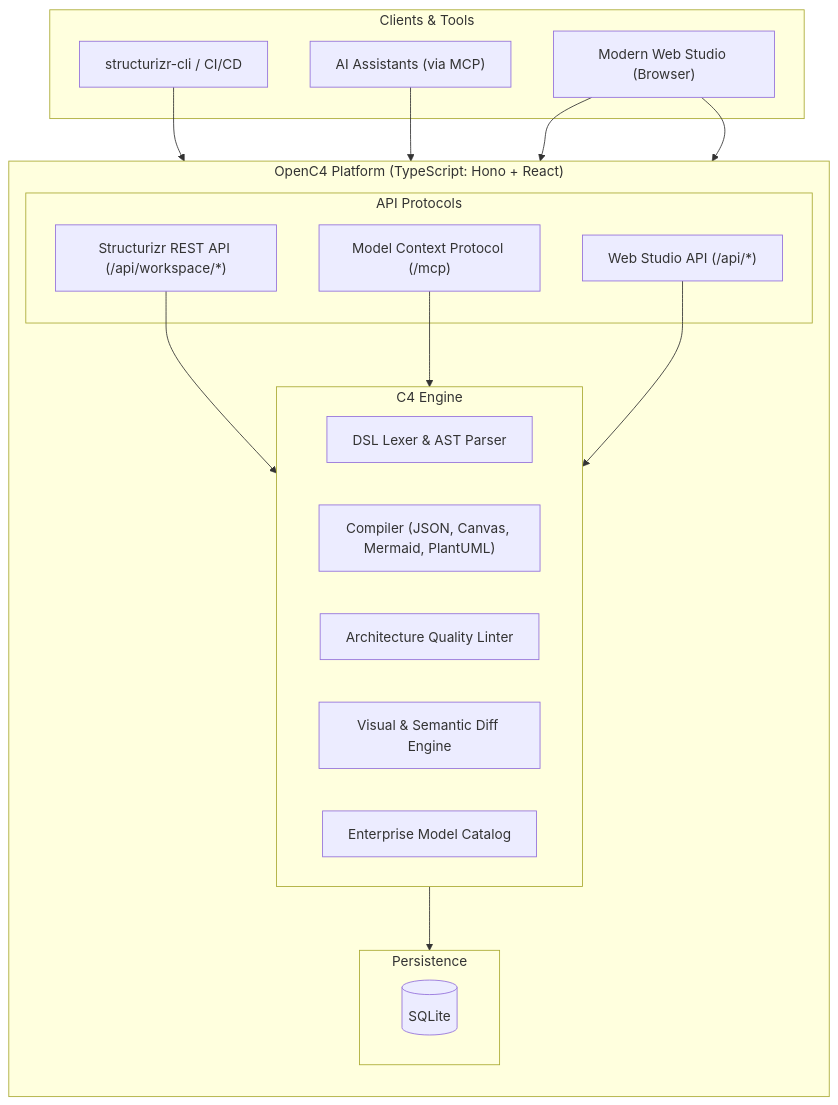
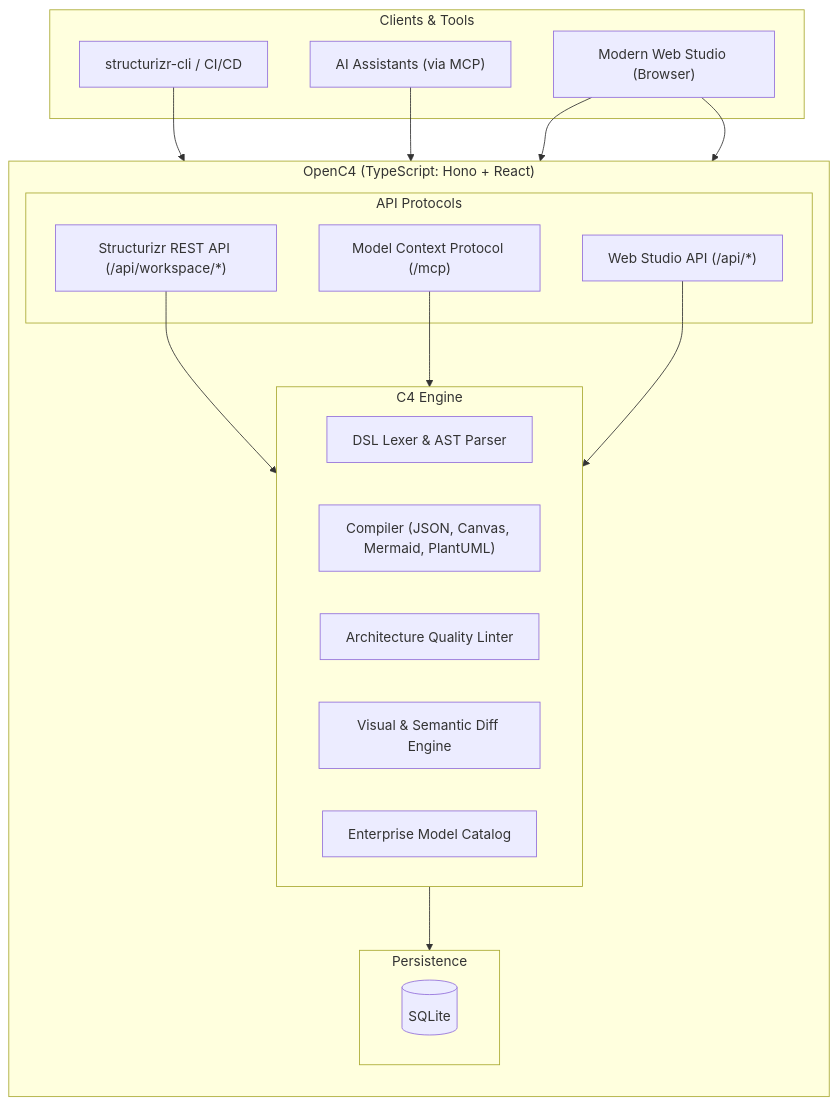
The diagram in README.md (gpimblott/openc4), drawn with Mermaid before and after one commit. The commit also changed other lines of this file, not shown here.

````diff
--- a/README.md
+++ b/README.md
@@ -26,39 +25,39 @@
 ```mermaid
 flowchart TB
     subgraph Clients["Clients & Tools"]
         CLI["structurizr-cli / CI/CD"]
         AI["AI Assistants (via MCP)"]
         Browser["Modern Web Studio (Browser)"]
     end
 
-    subgraph Server["OpenC4 Platform (TypeScript: Hono + React)"]
+    subgraph Server["OpenC4 (TypeScript: Hono + React)"]
         direction TB
         subgraph Gateway["API Protocols"]
             REST["Structurizr REST API (/api/workspace/*)"]
             MCP["Model Context Protocol (/mcp)"]
             StudioAPI["Web Studio API (/api/*)"]
         end
 
         subgraph Core["C4 Engine"]
             Parser["DSL Lexer & AST Parser"]
             Compiler["Compiler (JSON, Canvas, Mermaid, PlantUML)"]
             Inspection["Architecture Quality Linter"]
             Diff["Visual & Semantic Diff Engine"]
             Catalog["Enterprise Model Catalog"]
         end
 
         subgraph Storage["Persistence"]
             DB[(SQLite)]
         end
     end
 
     CLI --> REST
     AI --> MCP
     Browser --> StudioAPI
     Browser --> REST
 
     REST --> Core
     MCP --> Core
     StudioAPI --> Core
     Core --> Storage
 ```
````
